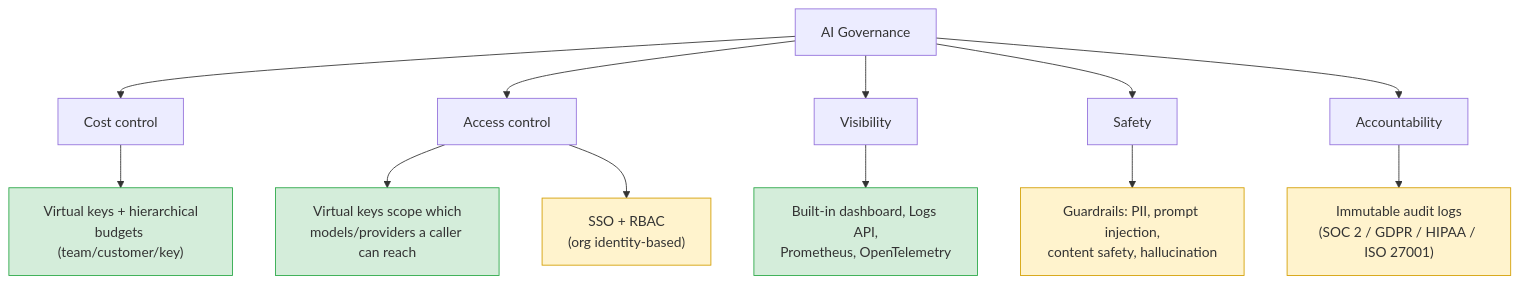
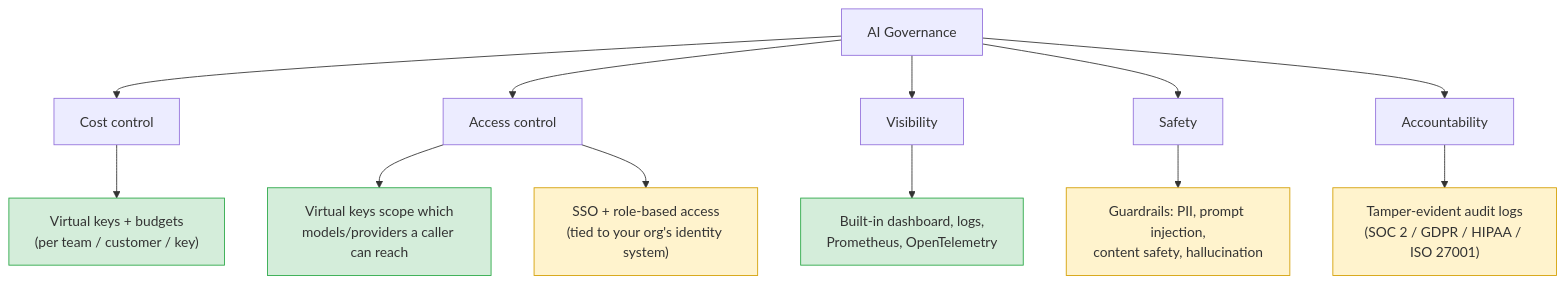
The diagram in docs/05-ai-governance.md (d-hackmt/bifrost), drawn with Mermaid before and after one commit. The commit also changed other lines of this file and 6 other files, not shown here.

````diff
--- a/docs/05-ai-governance.md
+++ b/docs/05-ai-governance.md
@@ -24,20 +19,20 @@
 ```mermaid
 flowchart TD
     G["AI Governance"] --> C["Cost control"]
     G --> A["Access control"]
     G --> V["Visibility"]
     G --> S["Safety"]
     G --> ACC["Accountability"]
 
-    C --> C1["Virtual keys + hierarchical\nbudgets (team/customer/key)"]
+    C --> C1["Virtual keys + budgets\n(per team / customer / key)"]
     A --> A1["Virtual keys scope which\nmodels/providers a caller can reach"]
-    A --> A2["SSO + RBAC\n(org identity-based)"]
-    V --> V1["Built-in dashboard, Logs API,\nPrometheus, OpenTelemetry"]
+    A --> A2["SSO + role-based access\n(tied to your org's identity system)"]
+    V --> V1["Built-in dashboard, logs,\nPrometheus, OpenTelemetry"]
     S --> S1["Guardrails: PII, prompt injection,\ncontent safety, hallucination"]
-    ACC --> ACC1["Immutable audit logs\n(SOC 2 / GDPR / HIPAA / ISO 27001)"]
+    ACC --> ACC1["Tamper-evident audit logs\n(SOC 2 / GDPR / HIPAA / ISO 27001)"]
 
     classDef free fill:#d4edda,stroke:#28a745
     classDef ent fill:#fff3cd,stroke:#d39e00
     class C1,A1,V1 free
     class A2,S1,ACC1 ent
 ```
````
